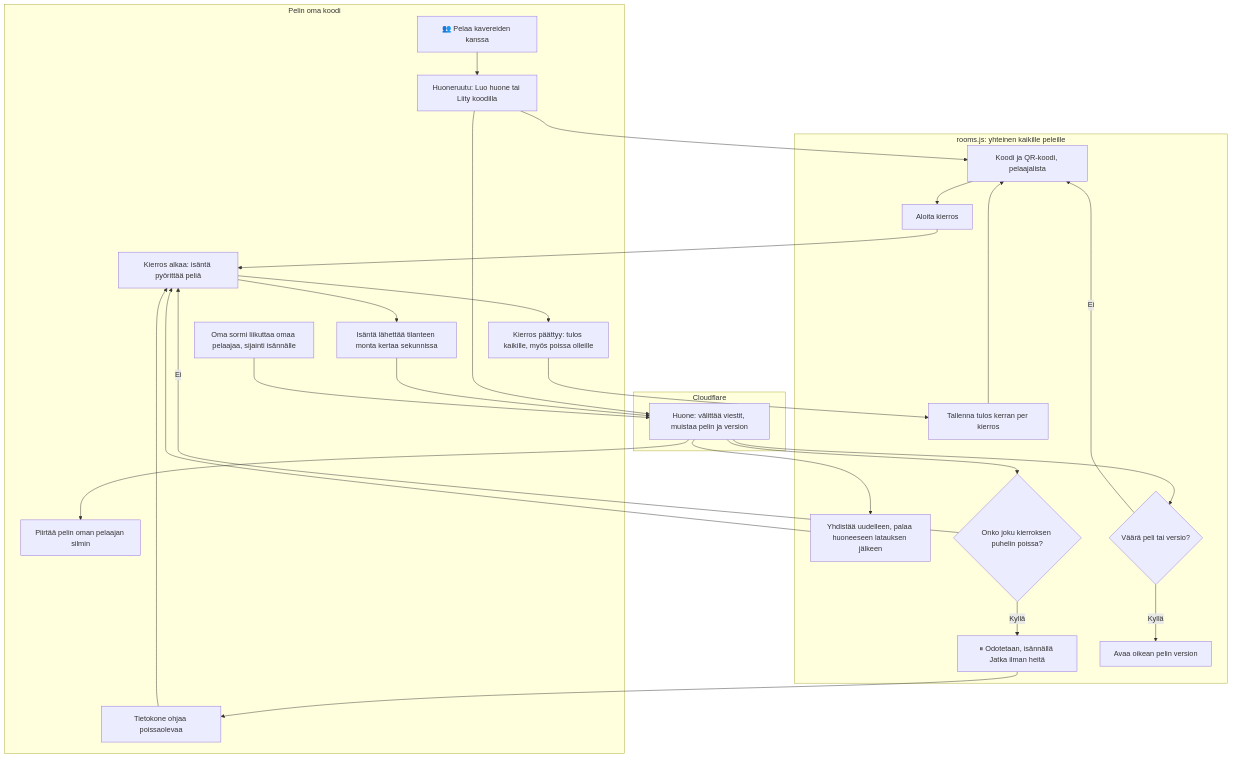
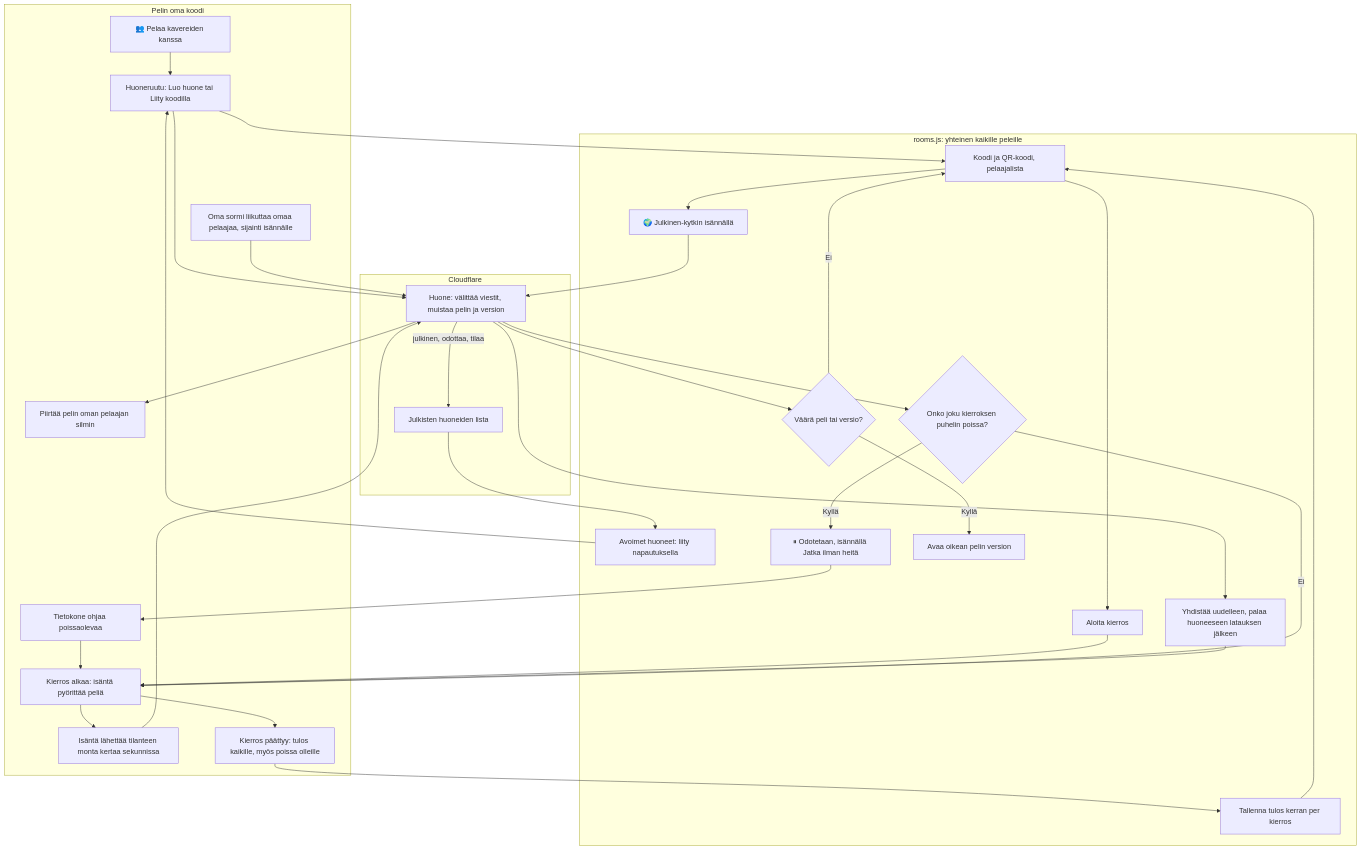
The diagram in docs/diagrams/moninpeli.md (eerovil/ai-pelit), drawn with Mermaid before and after one commit. The commit also changed other lines of this file and 6 other files, not shown here.

````diff
--- a/docs/diagrams/moninpeli.md
+++ b/docs/diagrams/moninpeli.md
@@ -10,45 +10,51 @@
 ```mermaid
 flowchart TD
   subgraph Peli[Pelin oma koodi]
     G1[👥 Pelaa kavereiden kanssa] --> L1
     G2[Kierros alkaa: isäntä pyörittää peliä] --> G3[Isäntä lähettää tilanteen monta kertaa sekunnissa]
     G6[Oma sormi liikuttaa omaa pelaajaa, sijainti isännälle]
     G4[Piirtää pelin oman pelaajan silmin]
     G5[Kierros päättyy: tulos kaikille, myös poissa olleille]
     G7[Tietokone ohjaa poissaolevaa]
   end
   subgraph Lib[rooms.js: yhteinen kaikille peleille]
     L1[Huoneruutu: Luo huone tai Liity koodilla] --> L2[Koodi ja QR-koodi, pelaajalista]
+    L10[Avoimet huoneet: liity napautuksella] --> L1
+    L2 --> L11[🌍 Julkinen-kytkin isännällä]
     L2 --> L3[Aloita kierros]
     L4[Yhdistää uudelleen, palaa huoneeseen latauksen jälkeen]
     L5{Onko joku kierroksen puhelin poissa?}
     L5 -- Kyllä --> L6[⏸ Odotetaan, isännällä Jatka ilman heitä]
     L7[Tallenna tulos kerran per kierros]
     L8{Väärä peli tai versio?}
     L8 -- Kyllä --> L9[Avaa oikean pelin version]
   end
   subgraph Cloudflare
     C1[Huone: välittää viestit, muistaa pelin ja version]
+    C2[Julkisten huoneiden lista]
   end
+  L11 --> C1
+  C1 -- julkinen, odottaa, tilaa --> C2
+  C2 --> L10
   L1 --> C1
   C1 --> L8
   L8 -- Ei --> L2
   L3 --> G2
   G3 --> C1
   G6 --> C1
   C1 --> G4
   C1 --> L4
   L4 --> G2
   C1 --> L5
   L5 -- Ei --> G2
   L6 --> G7
   G7 --> G2
   G2 --> G5
   G5 --> L7
   L7 --> L2
   class G1,G2,G3,G4,G5,G6 teal
-  class L1,L2,L3,L4,L7,L9 blue
-  class C1 violet
+  class L1,L2,L3,L4,L7,L9,L10,L11 blue
+  class C1,C2 violet
   class L5,L8 amber
   class L6,G7 rose
 ```
````
